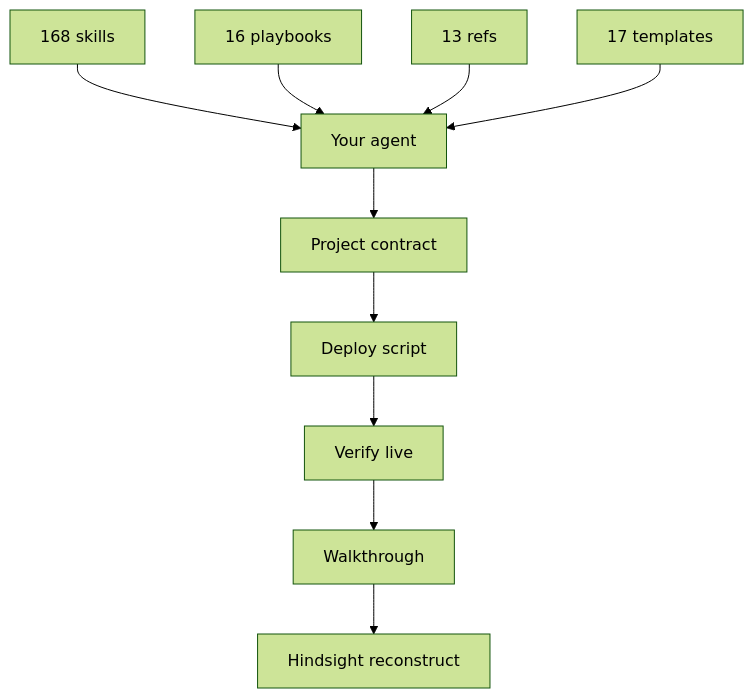
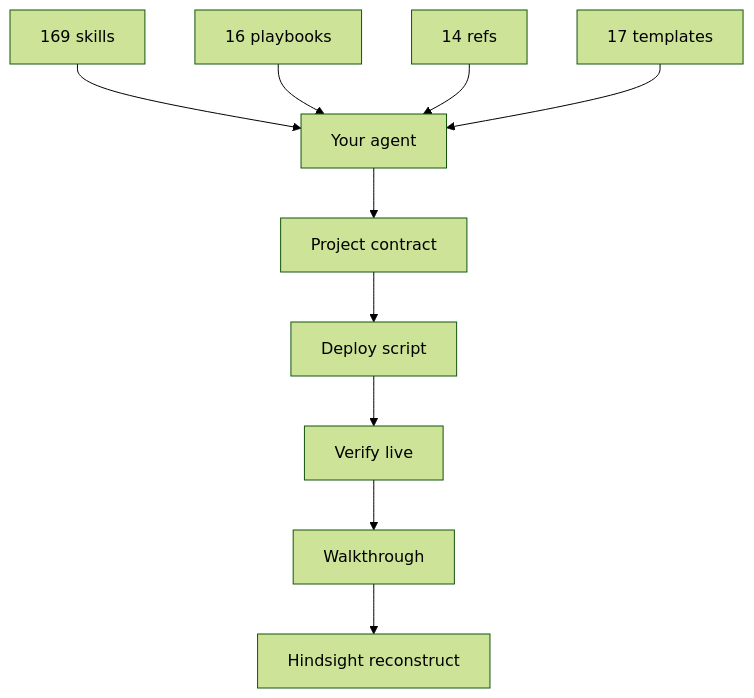
The third of 3 diagrams in README.md (Nonarkara/dr-non-vibecoding-skills), drawn with Mermaid (forest theme) before and after one commit. The commit also changed other lines of this file and 14 other files, not shown here.

````diff
--- a/README.md
+++ b/README.md
@@ -442,12 +442,12 @@
 ```mermaid
 flowchart TB
-  S["168 skills"] --> A["Your agent"]
+  S["169 skills"] --> A["Your agent"]
   P["16 playbooks"] --> A
-  R["13 refs"] --> A
+  R["14 refs"] --> A
   T["17 templates"] --> A
   A --> W["Project contract"]
   W --> D["Deploy script"]
   D --> V["Verify live"]
   V --> H["Walkthrough"]
   H --> L["Hindsight reconstruct"]
 ```
````
